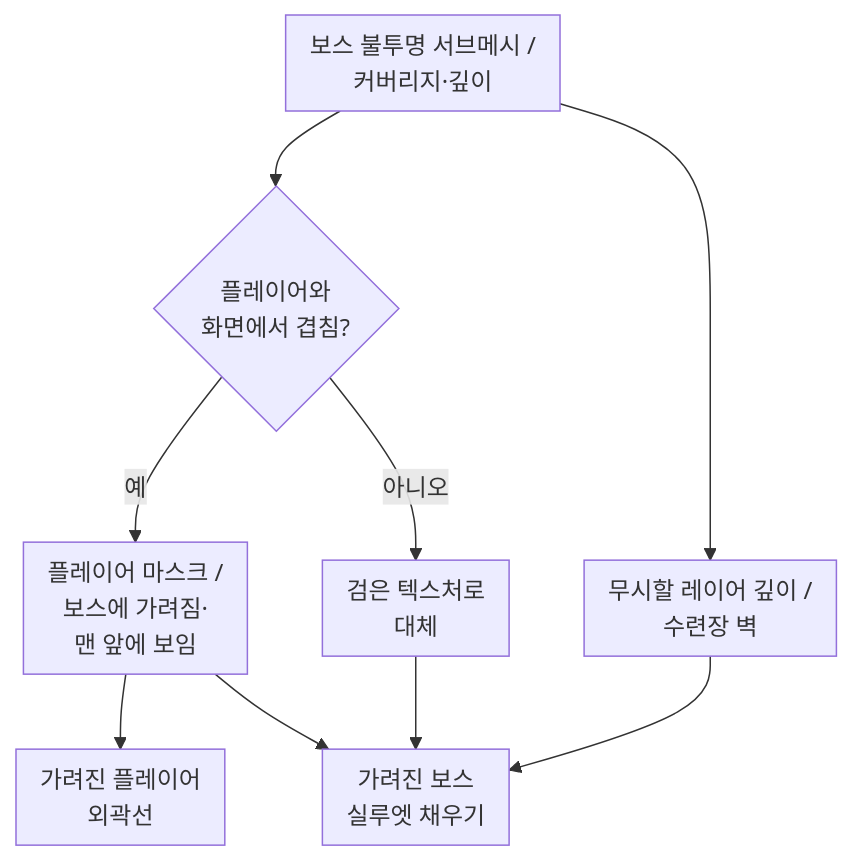
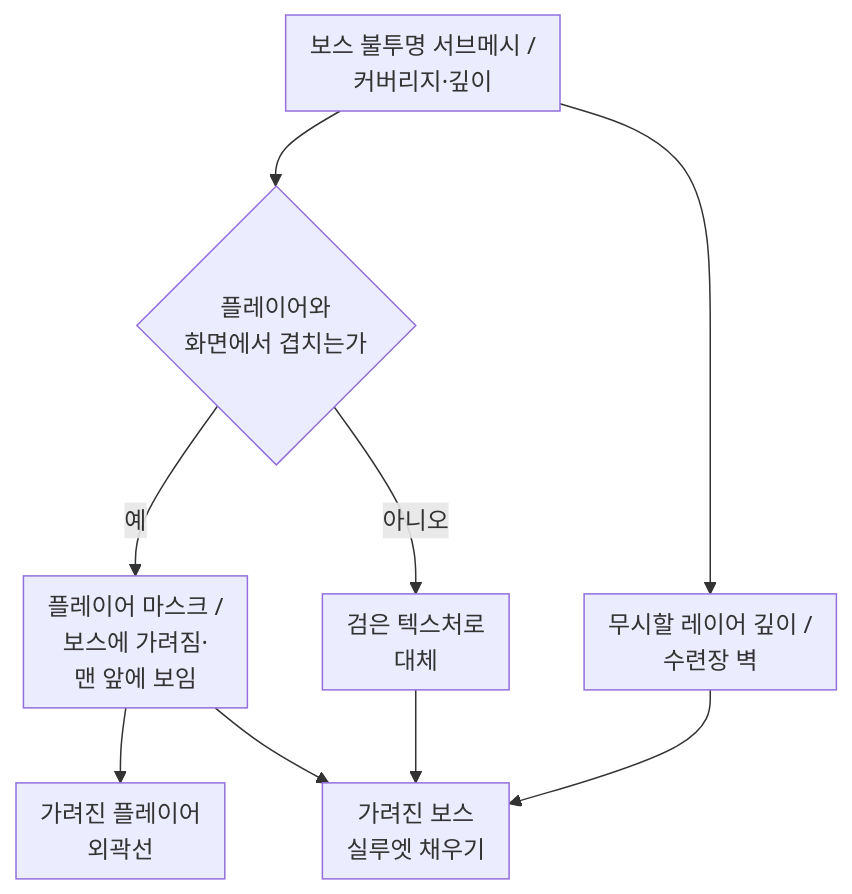
One commit to keeeery/portfolio changed diagram 16 of 17 in src/1-ODDITY/TechDoc_ODDITY.md. Above: the diagram before and after it, drawn with Mermaid. The commit also changed other lines of this file and 3 other files, not shown here.

````diff
--- a/src/1-ODDITY/TechDoc_ODDITY.md
+++ b/src/1-ODDITY/TechDoc_ODDITY.md
@@ -1604,16 +1600,16 @@
 ```mermaid
 %%{init: {"flowchart": {"padding": 8}}}%%
 flowchart TB
-    Boss[보스 불투명 서브메시 /<br>커버리지·깊이] --> Player{플레이어와<br>화면에서 겹침?}
+    Boss[보스 불투명 서브메시 /<br>커버리지·깊이] --> Player{플레이어와<br>화면에서 겹치는가}
     Player -->|예| PMask[플레이어 마스크 /<br>보스에 가려짐·<br>맨 앞에 보임]
     Player -->|아니오| Black[검은 텍스처로<br>대체]
     Boss --> Ignore[무시할 레이어 깊이 /<br>수련장 벽]
     PMask --> Outline[가려진 플레이어<br>외곽선]
     PMask --> Fill[가려진 보스<br>실루엣 채우기]
     Black --> Fill
     Ignore --> Fill
 %% 격자: Boss Player - - | Ignore Black PMask Outline | - Fill - -
 %% 화살표 Player -> PMask: 나감=오른쪽 들어감=위
 %% 화살표 PMask -> Fill: 나감=아래 들어감=오른쪽
 %% 화살표 Ignore -> Fill: 나감=아래 들어감=왼쪽
 ```
````
